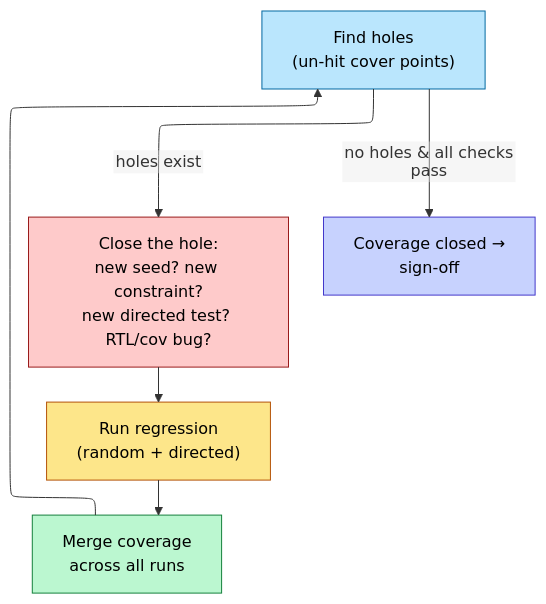
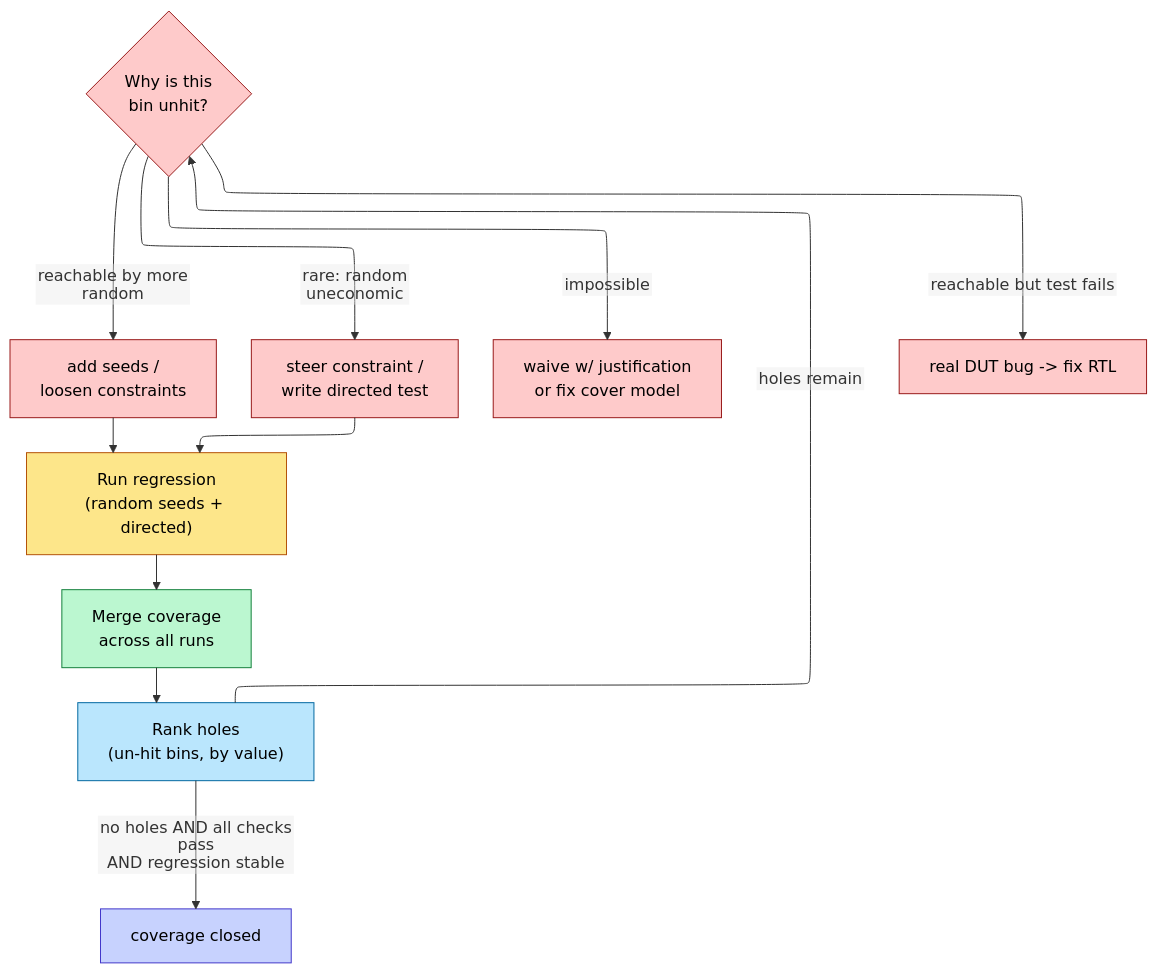
The diagram in 03_Frontend_RTL_and_Verification/11_Verification_Planning_and_Coverage_Closure.md (Wty2003328/silicon-design-notebook), drawn with Mermaid before and after one commit. The commit also changed other lines of this file and 22 other files, not shown here.

Commit message:
Concept-first hard rework complete: all 48 architecture/design pages (trimmed signal dumps; added trade-off analysis + theoretical depth)

````diff
--- a/03_Frontend_RTL_and_Verification/11_Verification_Planning_and_Coverage_Closure.md
+++ b/03_Frontend_RTL_and_Verification/11_Verification_Planning_and_Coverage_Closure.md
@@ -100,14 +100,19 @@
 ```mermaid
-%%{init: {"flowchart": {"defaultRenderer": "elk", "nodeSpacing": 60, "rankSpacing": 60, "htmlLabels": false}}}%%
+%%{init: {"flowchart": {"defaultRenderer": "elk", "nodeSpacing": 55, "rankSpacing": 55, "htmlLabels": false}}}%%
 flowchart TD
-    R["Run regression<br/>(random + directed)"]:::a --> M["Merge coverage<br/>across all runs"]:::b
-    M --> H["Find holes<br/>(un-hit cover points)"]:::c
-    H -->|holes exist| W["Close the hole:<br/>new seed? new constraint?<br/>new directed test? RTL/cov bug?"]:::d
-    W --> R
-    H -->|no holes & all checks pass| DONE["Coverage closed →<br/>sign-off"]:::e
+    RUN["Run regression\n(random seeds + directed)"]:::a --> MERGE["Merge coverage\nacross all runs"]:::b
+    MERGE --> HOLES["Rank holes\n(un-hit bins, by value)"]:::c
+    HOLES -->|holes remain| TRIAGE{"Why is this\nbin unhit?"}:::d
+    TRIAGE -->|reachable by more random| SEED["add seeds /\nloosen constraints"]:::d
+    TRIAGE -->|rare: random uneconomic| DIR["steer constraint /\nwrite directed test"]:::d
+    TRIAGE -->|impossible| WAIVE["waive w/ justification\nor fix cover model"]:::d
+    TRIAGE -->|reachable but test fails| BUG["real DUT bug -> fix RTL"]:::d
+    SEED --> RUN
+    DIR --> RUN
+    HOLES -->|no holes AND all checks pass\nAND regression stable| DONE["coverage closed"]:::e
     classDef a fill:#fde68a,stroke:#b45309,color:#000
     classDef b fill:#bbf7d0,stroke:#15803d,color:#000
     classDef c fill:#bae6fd,stroke:#0369a1,color:#000
     classDef d fill:#fecaca,stroke:#991b1b,color:#000
     classDef e fill:#c7d2fe,stroke:#4338ca,color:#000
 ```
````
